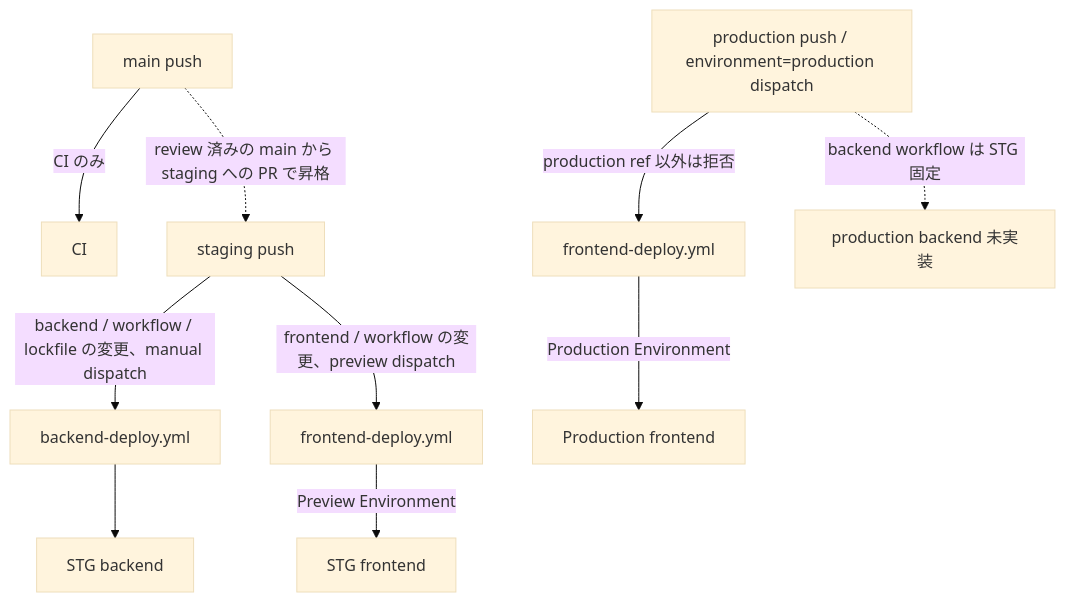
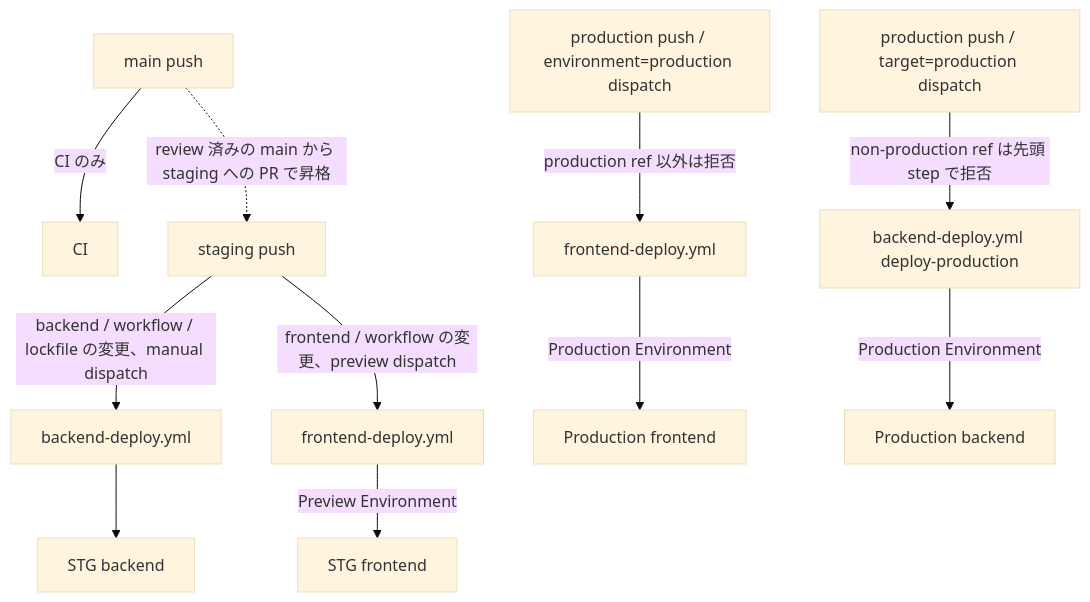
Before and after one commit to MinoruSoga/AnimalEkarte: the diagram in docs/ops/deploy/CI-CD-PIPELINE.md, drawn with Mermaid (base theme). The commit also changed other lines of this file and 7 other files, not shown here.

First line of the commit message:
ci(backend-deploy): Production Environment でゲートした本番 deploy job を追加

````diff
--- a/docs/ops/deploy/CI-CD-PIPELINE.md
+++ b/docs/ops/deploy/CI-CD-PIPELINE.md
@@ -25,12 +25,13 @@
 ```mermaid
 flowchart TB
   M[main push] -->|CI のみ| CI[CI]
   M -.->|review 済みの main から staging への PR で昇格| S[staging push]
   S -->|backend / workflow / lockfile の変更、manual dispatch| BE[backend-deploy.yml]
   BE --> STGB[STG backend]
   S -->|frontend / workflow の変更、preview dispatch| FEP[frontend-deploy.yml]
   FEP -->|Preview Environment| STGF[STG frontend]
   P["production push / environment=production dispatch"] -->|production ref 以外は拒否| FPR[frontend-deploy.yml]
   FPR -->|Production Environment| PDF[Production frontend]
-  P -.->|backend workflow は STG 固定| PB[production backend 未実装]
+  PB_IN["production push / target=production dispatch"] -->|non-production ref は先頭 step で拒否| BPR[backend-deploy.yml deploy-production]
+  BPR -->|Production Environment| PDB[Production backend]
 ```
````
